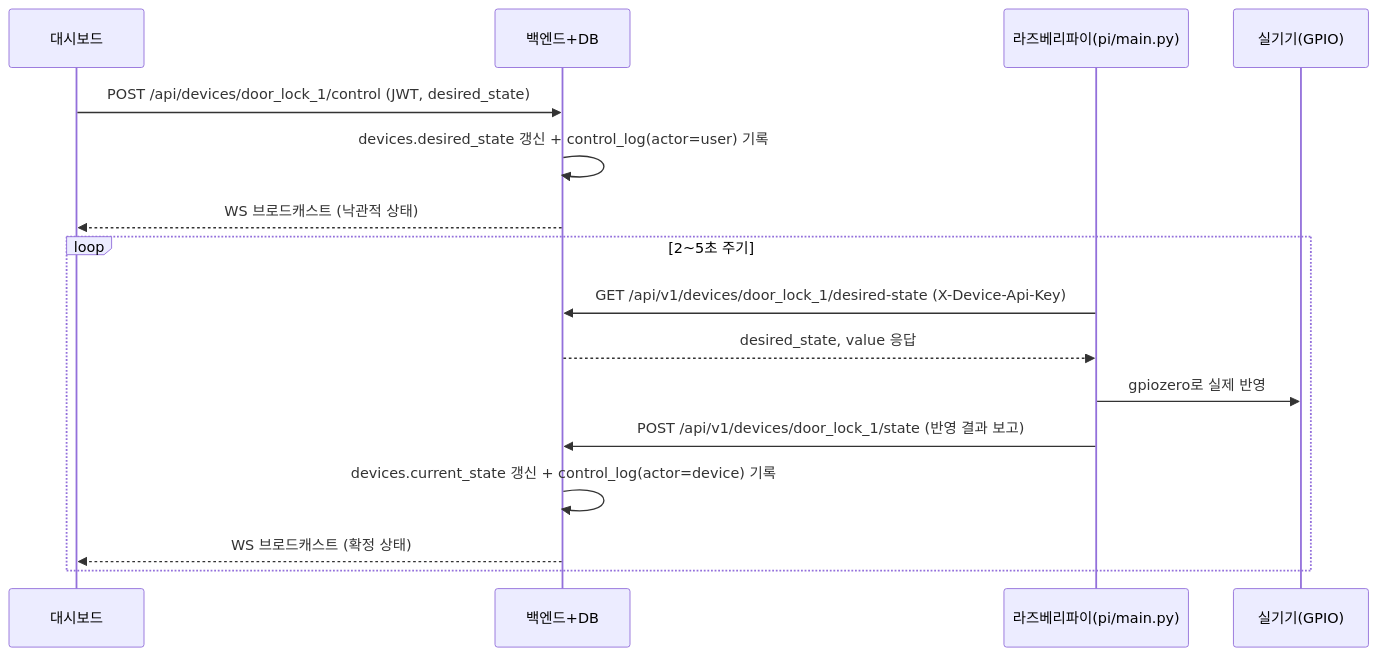
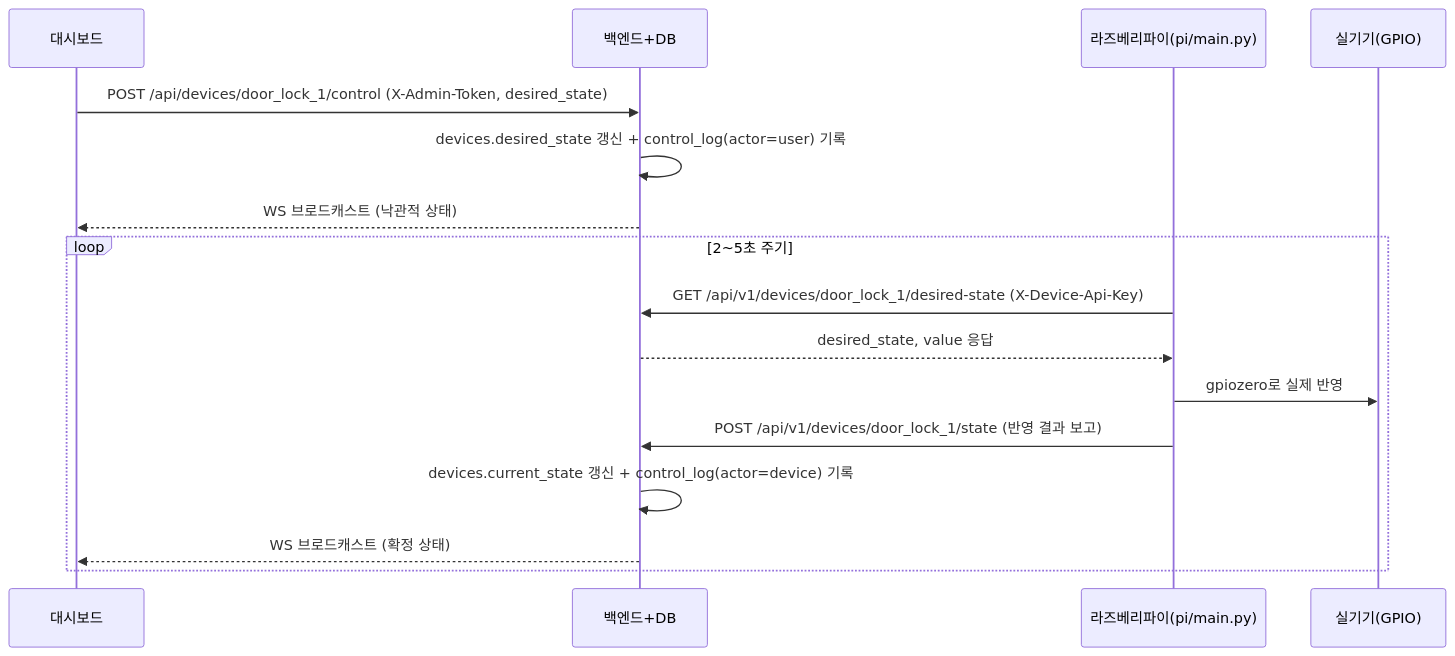
One commit to meister-info-2026/04-smart-karaoke changed the second of 2 diagrams in docs/부록A-백엔드-라즈베리파이5-연동-인터페이스-가이드.md. Above: the diagram before and after it, drawn with Mermaid. The commit also changed other lines of this file and 16 other files, not shown here.

````diff
--- a/docs/부록A-백엔드-라즈베리파이5-연동-인터페이스-가이드.md
+++ b/docs/부록A-백엔드-라즈베리파이5-연동-인터페이스-가이드.md
@@ -82,19 +82,19 @@
 ```mermaid
 sequenceDiagram
     participant FE as 대시보드
     participant BE as 백엔드+DB
     participant PI as 라즈베리파이(pi/main.py)
     participant HW as 실기기(GPIO)
 
-    FE->>BE: POST /api/devices/door_lock_1/control (JWT, desired_state)
+    FE->>BE: POST /api/devices/door_lock_1/control (X-Admin-Token, desired_state)
     BE->>BE: devices.desired_state 갱신 + control_log(actor=user) 기록
     BE-->>FE: WS 브로드캐스트 (낙관적 상태)
     loop 2~5초 주기
         PI->>BE: GET /api/v1/devices/door_lock_1/desired-state (X-Device-Api-Key)
         BE-->>PI: desired_state, value 응답
         PI->>HW: gpiozero로 실제 반영
         PI->>BE: POST /api/v1/devices/door_lock_1/state (반영 결과 보고)
         BE->>BE: devices.current_state 갱신 + control_log(actor=device) 기록
         BE-->>FE: WS 브로드캐스트 (확정 상태)
     end
 ```
````
